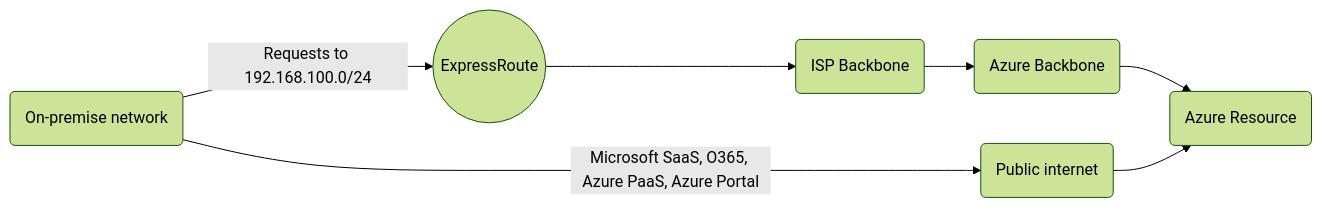
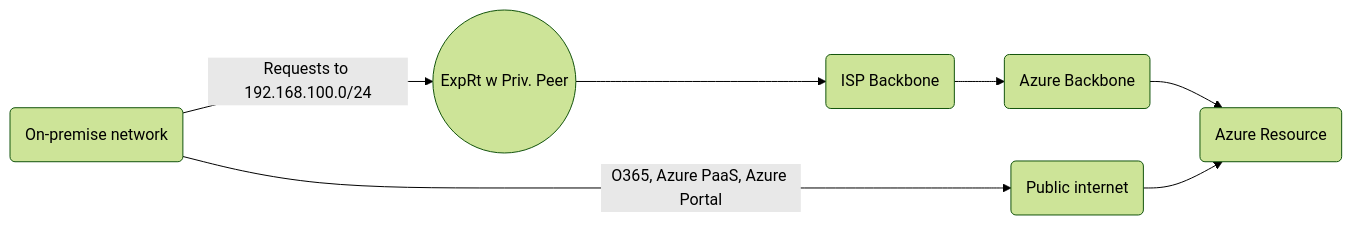
The second of 6 diagrams in Cloud - Azure/Azure Virtual Networks/ExpressRoute and S2S VPN.md (bigtoga/Examples), drawn with Mermaid (forest theme) before and after one commit.

Commit message:
Update ExpressRoute and S2S VPN.md

````diff
--- a/Cloud - Azure/Azure Virtual Networks/ExpressRoute and S2S VPN.md
+++ b/Cloud - Azure/Azure Virtual Networks/ExpressRoute and S2S VPN.md
@@ -84,9 +84,9 @@
 ```mermaid
 graph LR
-    A(On-premise network) -- Requests to 192.168.100.0/24 --> B((ExpressRoute))
+    A(On-premise network) -- Requests to 192.168.100.0/24 --> B((ExpRt w Priv. Peer))
     B --> C(ISP Backbone)
     C --> D(Azure Backbone)
     D --> E(Azure Resource)
-    A -- Microsoft SaaS, O365, Azure PaaS, Azure Portal --> F(Public internet)
+    A -- O365, Azure PaaS, Azure Portal --> F(Public internet)
     F --> E
 ```    
````
